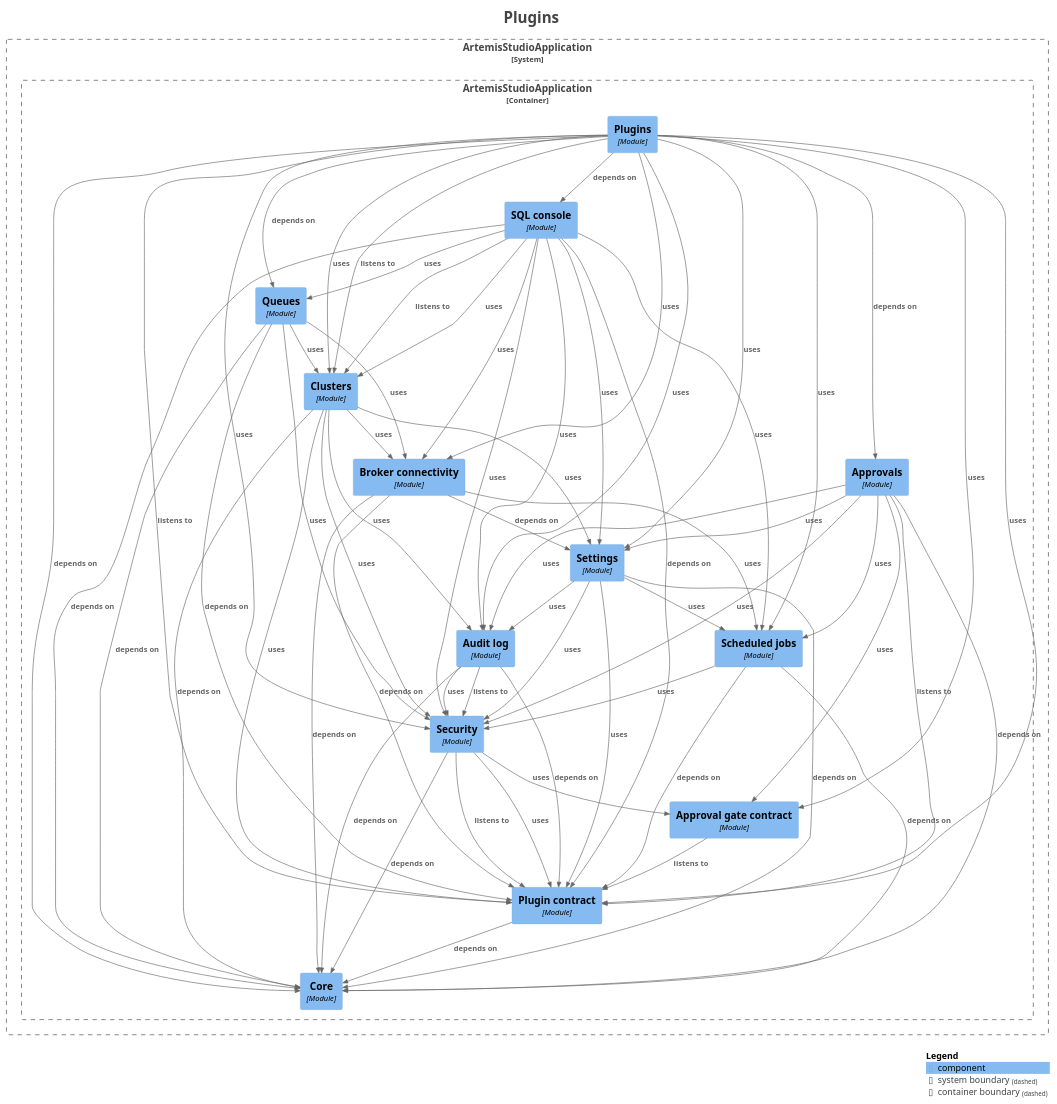
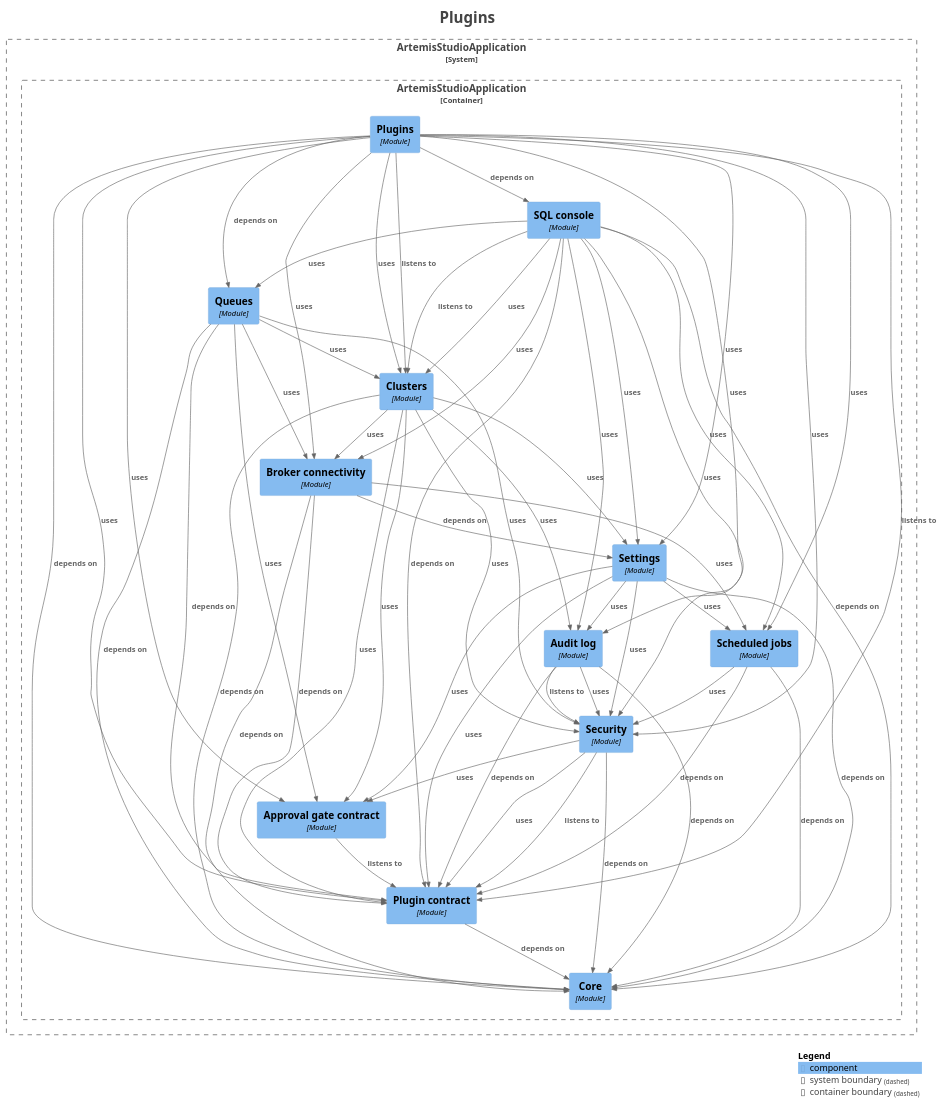
One commit to sudoitir/artemis-studio changed the diagram in docs/modules/module-feature.plugins.puml. Above: the diagram before and after it, drawn with PlantUML. The commit also changed 13 other files, not shown here.

Commit message:
docs(modules): regenerate the module diagrams for the gate contract's held response and leases

```diff
--- a/docs/modules/module-feature.plugins.puml
+++ b/docs/modules/module-feature.plugins.puml
@@ -1,104 +1,98 @@
 @startuml
 title <size:24>Plugins</size>
 
 set separator none
 top to bottom direction
 
 <style>
   root {
     BackgroundColor: #ffffff
     FontColor: #444444
   }
 </style>
 
 !include <C4/C4>
 !include <C4/C4_Context>
 !include <C4/C4_Component>
 
 System_Boundary("ArtemisStudioApplication_boundary", "ArtemisStudioApplication", $tags="") {
   Container_Boundary("ArtemisStudioApplication.ArtemisStudioApplication_boundary", "ArtemisStudioApplication", $tags="") {
     Component(ArtemisStudioApplication.ArtemisStudioApplication.Approvalgatecontract, "Approval gate contract", $techn="Module", $descr="", $tags="", $link="")
-    Component(ArtemisStudioApplication.ArtemisStudioApplication.Approvals, "Approvals", $techn="Module", $descr="", $tags="", $link="")
     Component(ArtemisStudioApplication.ArtemisStudioApplication.Auditlog, "Audit log", $techn="Module", $descr="", $tags="", $link="")
     Component(ArtemisStudioApplication.ArtemisStudioApplication.Brokerconnectivity, "Broker connectivity", $techn="Module", $descr="", $tags="", $link="")
     Component(ArtemisStudioApplication.ArtemisStudioApplication.Clusters, "Clusters", $techn="Module", $descr="", $tags="", $link="")
     Component(ArtemisStudioApplication.ArtemisStudioApplication.Core, "Core", $techn="Module", $descr="", $tags="", $link="")
     Component(ArtemisStudioApplication.ArtemisStudioApplication.Plugincontract, "Plugin contract", $techn="Module", $descr="", $tags="", $link="")
     Component(ArtemisStudioApplication.ArtemisStudioApplication.Plugins, "Plugins", $techn="Module", $descr="", $tags="", $link="")
     Component(ArtemisStudioApplication.ArtemisStudioApplication.Queues, "Queues", $techn="Module", $descr="", $tags="", $link="")
     Component(ArtemisStudioApplication.ArtemisStudioApplication.SQLconsole, "SQL console", $techn="Module", $descr="", $tags="", $link="")
     Component(ArtemisStudioApplication.ArtemisStudioApplication.Scheduledjobs, "Scheduled jobs", $techn="Module", $descr="", $tags="", $link="")
     Component(ArtemisStudioApplication.ArtemisStudioApplication.Security, "Security", $techn="Module", $descr="", $tags="", $link="")
     Component(ArtemisStudioApplication.ArtemisStudioApplication.Settings, "Settings", $techn="Module", $descr="", $tags="", $link="")
   }
 
 }
 
 Rel(ArtemisStudioApplication.ArtemisStudioApplication.Approvalgatecontract, ArtemisStudioApplication.ArtemisStudioApplication.Plugincontract, "listens to", $techn="", $tags="", $link="")
-Rel(ArtemisStudioApplication.ArtemisStudioApplication.Approvals, ArtemisStudioApplication.ArtemisStudioApplication.Approvalgatecontract, "uses", $techn="", $tags="", $link="")
-Rel(ArtemisStudioApplication.ArtemisStudioApplication.Approvals, ArtemisStudioApplication.ArtemisStudioApplication.Auditlog, "uses", $techn="", $tags="", $link="")
-Rel(ArtemisStudioApplication.ArtemisStudioApplication.Approvals, ArtemisStudioApplication.ArtemisStudioApplication.Core, "depends on", $techn="", $tags="", $link="")
-Rel(ArtemisStudioApplication.ArtemisStudioApplication.Approvals, ArtemisStudioApplication.ArtemisStudioApplication.Plugincontract, "listens to", $techn="", $tags="", $link="")
-Rel(ArtemisStudioApplication.ArtemisStudioApplication.Approvals, ArtemisStudioApplication.ArtemisStudioApplication.Scheduledjobs, "uses", $techn="", $tags="", $link="")
-Rel(ArtemisStudioApplication.ArtemisStudioApplication.Approvals, ArtemisStudioApplication.ArtemisStudioApplication.Security, "uses", $techn="", $tags="", $link="")
-Rel(ArtemisStudioApplication.ArtemisStudioApplication.Approvals, ArtemisStudioApplication.ArtemisStudioApplication.Settings, "uses", $techn="", $tags="", $link="")
 Rel(ArtemisStudioApplication.ArtemisStudioApplication.Auditlog, ArtemisStudioApplication.ArtemisStudioApplication.Core, "depends on", $techn="", $tags="", $link="")
 Rel(ArtemisStudioApplication.ArtemisStudioApplication.Auditlog, ArtemisStudioApplication.ArtemisStudioApplication.Plugincontract, "depends on", $techn="", $tags="", $link="")
 Rel(ArtemisStudioApplication.ArtemisStudioApplication.Auditlog, ArtemisStudioApplication.ArtemisStudioApplication.Security, "listens to", $techn="", $tags="", $link="")
 Rel(ArtemisStudioApplication.ArtemisStudioApplication.Auditlog, ArtemisStudioApplication.ArtemisStudioApplication.Security, "uses", $techn="", $tags="", $link="")
 Rel(ArtemisStudioApplication.ArtemisStudioApplication.Brokerconnectivity, ArtemisStudioApplication.ArtemisStudioApplication.Core, "depends on", $techn="", $tags="", $link="")
 Rel(ArtemisStudioApplication.ArtemisStudioApplication.Brokerconnectivity, ArtemisStudioApplication.ArtemisStudioApplication.Plugincontract, "depends on", $techn="", $tags="", $link="")
 Rel(ArtemisStudioApplication.ArtemisStudioApplication.Brokerconnectivity, ArtemisStudioApplication.ArtemisStudioApplication.Scheduledjobs, "uses", $techn="", $tags="", $link="")
 Rel(ArtemisStudioApplication.ArtemisStudioApplication.Brokerconnectivity, ArtemisStudioApplication.ArtemisStudioApplication.Settings, "depends on", $techn="", $tags="", $link="")
+Rel(ArtemisStudioApplication.ArtemisStudioApplication.Clusters, ArtemisStudioApplication.ArtemisStudioApplication.Approvalgatecontract, "uses", $techn="", $tags="", $link="")
 Rel(ArtemisStudioApplication.ArtemisStudioApplication.Clusters, ArtemisStudioApplication.ArtemisStudioApplication.Auditlog, "uses", $techn="", $tags="", $link="")
 Rel(ArtemisStudioApplication.ArtemisStudioApplication.Clusters, ArtemisStudioApplication.ArtemisStudioApplication.Brokerconnectivity, "uses", $techn="", $tags="", $link="")
 Rel(ArtemisStudioApplication.ArtemisStudioApplication.Clusters, ArtemisStudioApplication.ArtemisStudioApplication.Core, "depends on", $techn="", $tags="", $link="")
 Rel(ArtemisStudioApplication.ArtemisStudioApplication.Clusters, ArtemisStudioApplication.ArtemisStudioApplication.Plugincontract, "uses", $techn="", $tags="", $link="")
 Rel(ArtemisStudioApplication.ArtemisStudioApplication.Clusters, ArtemisStudioApplication.ArtemisStudioApplication.Security, "uses", $techn="", $tags="", $link="")
 Rel(ArtemisStudioApplication.ArtemisStudioApplication.Clusters, ArtemisStudioApplication.ArtemisStudioApplication.Settings, "uses", $techn="", $tags="", $link="")
 Rel(ArtemisStudioApplication.ArtemisStudioApplication.Plugincontract, ArtemisStudioApplication.ArtemisStudioApplication.Core, "depends on", $techn="", $tags="", $link="")
 Rel(ArtemisStudioApplication.ArtemisStudioApplication.Plugins, ArtemisStudioApplication.ArtemisStudioApplication.Approvalgatecontract, "uses", $techn="", $tags="", $link="")
-Rel(ArtemisStudioApplication.ArtemisStudioApplication.Plugins, ArtemisStudioApplication.ArtemisStudioApplication.Approvals, "depends on", $techn="", $tags="", $link="")
 Rel(ArtemisStudioApplication.ArtemisStudioApplication.Plugins, ArtemisStudioApplication.ArtemisStudioApplication.Auditlog, "uses", $techn="", $tags="", $link="")
 Rel(ArtemisStudioApplication.ArtemisStudioApplication.Plugins, ArtemisStudioApplication.ArtemisStudioApplication.Brokerconnectivity, "uses", $techn="", $tags="", $link="")
 Rel(ArtemisStudioApplication.ArtemisStudioApplication.Plugins, ArtemisStudioApplication.ArtemisStudioApplication.Clusters, "listens to", $techn="", $tags="", $link="")
 Rel(ArtemisStudioApplication.ArtemisStudioApplication.Plugins, ArtemisStudioApplication.ArtemisStudioApplication.Clusters, "uses", $techn="", $tags="", $link="")
 Rel(ArtemisStudioApplication.ArtemisStudioApplication.Plugins, ArtemisStudioApplication.ArtemisStudioApplication.Core, "depends on", $techn="", $tags="", $link="")
 Rel(ArtemisStudioApplication.ArtemisStudioApplication.Plugins, ArtemisStudioApplication.ArtemisStudioApplication.Plugincontract, "listens to", $techn="", $tags="", $link="")
 Rel(ArtemisStudioApplication.ArtemisStudioApplication.Plugins, ArtemisStudioApplication.ArtemisStudioApplication.Plugincontract, "uses", $techn="", $tags="", $link="")
 Rel(ArtemisStudioApplication.ArtemisStudioApplication.Plugins, ArtemisStudioApplication.ArtemisStudioApplication.Queues, "depends on", $techn="", $tags="", $link="")
 Rel(ArtemisStudioApplication.ArtemisStudioApplication.Plugins, ArtemisStudioApplication.ArtemisStudioApplication.SQLconsole, "depends on", $techn="", $tags="", $link="")
 Rel(ArtemisStudioApplication.ArtemisStudioApplication.Plugins, ArtemisStudioApplication.ArtemisStudioApplication.Scheduledjobs, "uses", $techn="", $tags="", $link="")
 Rel(ArtemisStudioApplication.ArtemisStudioApplication.Plugins, ArtemisStudioApplication.ArtemisStudioApplication.Security, "uses", $techn="", $tags="", $link="")
 Rel(ArtemisStudioApplication.ArtemisStudioApplication.Plugins, ArtemisStudioApplication.ArtemisStudioApplication.Settings, "uses", $techn="", $tags="", $link="")
+Rel(ArtemisStudioApplication.ArtemisStudioApplication.Queues, ArtemisStudioApplication.ArtemisStudioApplication.Approvalgatecontract, "uses", $techn="", $tags="", $link="")
 Rel(ArtemisStudioApplication.ArtemisStudioApplication.Queues, ArtemisStudioApplication.ArtemisStudioApplication.Brokerconnectivity, "uses", $techn="", $tags="", $link="")
 Rel(ArtemisStudioApplication.ArtemisStudioApplication.Queues, ArtemisStudioApplication.ArtemisStudioApplication.Clusters, "uses", $techn="", $tags="", $link="")
 Rel(ArtemisStudioApplication.ArtemisStudioApplication.Queues, ArtemisStudioApplication.ArtemisStudioApplication.Core, "depends on", $techn="", $tags="", $link="")
 Rel(ArtemisStudioApplication.ArtemisStudioApplication.Queues, ArtemisStudioApplication.ArtemisStudioApplication.Plugincontract, "depends on", $techn="", $tags="", $link="")
 Rel(ArtemisStudioApplication.ArtemisStudioApplication.Queues, ArtemisStudioApplication.ArtemisStudioApplication.Security, "uses", $techn="", $tags="", $link="")
 Rel(ArtemisStudioApplication.ArtemisStudioApplication.SQLconsole, ArtemisStudioApplication.ArtemisStudioApplication.Auditlog, "uses", $techn="", $tags="", $link="")
 Rel(ArtemisStudioApplication.ArtemisStudioApplication.SQLconsole, ArtemisStudioApplication.ArtemisStudioApplication.Brokerconnectivity, "uses", $techn="", $tags="", $link="")
 Rel(ArtemisStudioApplication.ArtemisStudioApplication.SQLconsole, ArtemisStudioApplication.ArtemisStudioApplication.Clusters, "listens to", $techn="", $tags="", $link="")
 Rel(ArtemisStudioApplication.ArtemisStudioApplication.SQLconsole, ArtemisStudioApplication.ArtemisStudioApplication.Clusters, "uses", $techn="", $tags="", $link="")
 Rel(ArtemisStudioApplication.ArtemisStudioApplication.SQLconsole, ArtemisStudioApplication.ArtemisStudioApplication.Core, "depends on", $techn="", $tags="", $link="")
 Rel(ArtemisStudioApplication.ArtemisStudioApplication.SQLconsole, ArtemisStudioApplication.ArtemisStudioApplication.Plugincontract, "depends on", $techn="", $tags="", $link="")
 Rel(ArtemisStudioApplication.ArtemisStudioApplication.SQLconsole, ArtemisStudioApplication.ArtemisStudioApplication.Queues, "uses", $techn="", $tags="", $link="")
 Rel(ArtemisStudioApplication.ArtemisStudioApplication.SQLconsole, ArtemisStudioApplication.ArtemisStudioApplication.Scheduledjobs, "uses", $techn="", $tags="", $link="")
 Rel(ArtemisStudioApplication.ArtemisStudioApplication.SQLconsole, ArtemisStudioApplication.ArtemisStudioApplication.Security, "uses", $techn="", $tags="", $link="")
 Rel(ArtemisStudioApplication.ArtemisStudioApplication.SQLconsole, ArtemisStudioApplication.ArtemisStudioApplication.Settings, "uses", $techn="", $tags="", $link="")
 Rel(ArtemisStudioApplication.ArtemisStudioApplication.Scheduledjobs, ArtemisStudioApplication.ArtemisStudioApplication.Core, "depends on", $techn="", $tags="", $link="")
 Rel(ArtemisStudioApplication.ArtemisStudioApplication.Scheduledjobs, ArtemisStudioApplication.ArtemisStudioApplication.Plugincontract, "depends on", $techn="", $tags="", $link="")
 Rel(ArtemisStudioApplication.ArtemisStudioApplication.Scheduledjobs, ArtemisStudioApplication.ArtemisStudioApplication.Security, "uses", $techn="", $tags="", $link="")
 Rel(ArtemisStudioApplication.ArtemisStudioApplication.Security, ArtemisStudioApplication.ArtemisStudioApplication.Approvalgatecontract, "uses", $techn="", $tags="", $link="")
 Rel(ArtemisStudioApplication.ArtemisStudioApplication.Security, ArtemisStudioApplication.ArtemisStudioApplication.Core, "depends on", $techn="", $tags="", $link="")
 Rel(ArtemisStudioApplication.ArtemisStudioApplication.Security, ArtemisStudioApplication.ArtemisStudioApplication.Plugincontract, "listens to", $techn="", $tags="", $link="")
 Rel(ArtemisStudioApplication.ArtemisStudioApplication.Security, ArtemisStudioApplication.ArtemisStudioApplication.Plugincontract, "uses", $techn="", $tags="", $link="")
+Rel(ArtemisStudioApplication.ArtemisStudioApplication.Settings, ArtemisStudioApplication.ArtemisStudioApplication.Approvalgatecontract, "uses", $techn="", $tags="", $link="")
 Rel(ArtemisStudioApplication.ArtemisStudioApplication.Settings, ArtemisStudioApplication.ArtemisStudioApplication.Auditlog, "uses", $techn="", $tags="", $link="")
 Rel(ArtemisStudioApplication.ArtemisStudioApplication.Settings, ArtemisStudioApplication.ArtemisStudioApplication.Core, "depends on", $techn="", $tags="", $link="")
 Rel(ArtemisStudioApplication.ArtemisStudioApplication.Settings, ArtemisStudioApplication.ArtemisStudioApplication.Plugincontract, "uses", $techn="", $tags="", $link="")
 Rel(ArtemisStudioApplication.ArtemisStudioApplication.Settings, ArtemisStudioApplication.ArtemisStudioApplication.Scheduledjobs, "uses", $techn="", $tags="", $link="")
 Rel(ArtemisStudioApplication.ArtemisStudioApplication.Settings, ArtemisStudioApplication.ArtemisStudioApplication.Security, "uses", $techn="", $tags="", $link="")
 
 SHOW_LEGEND(true)
 hide stereotypes
 @enduml
```
